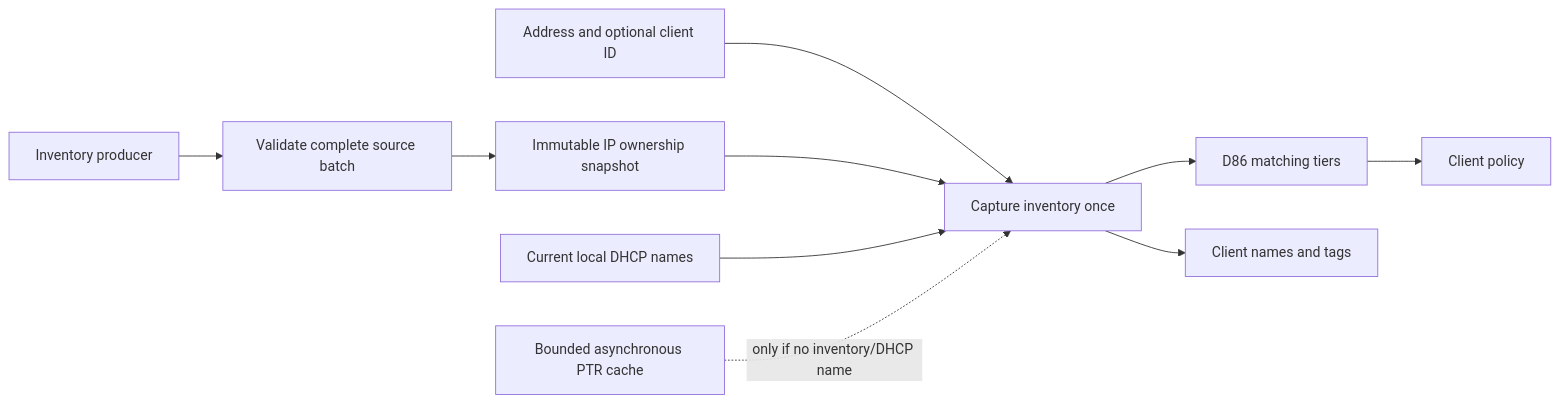
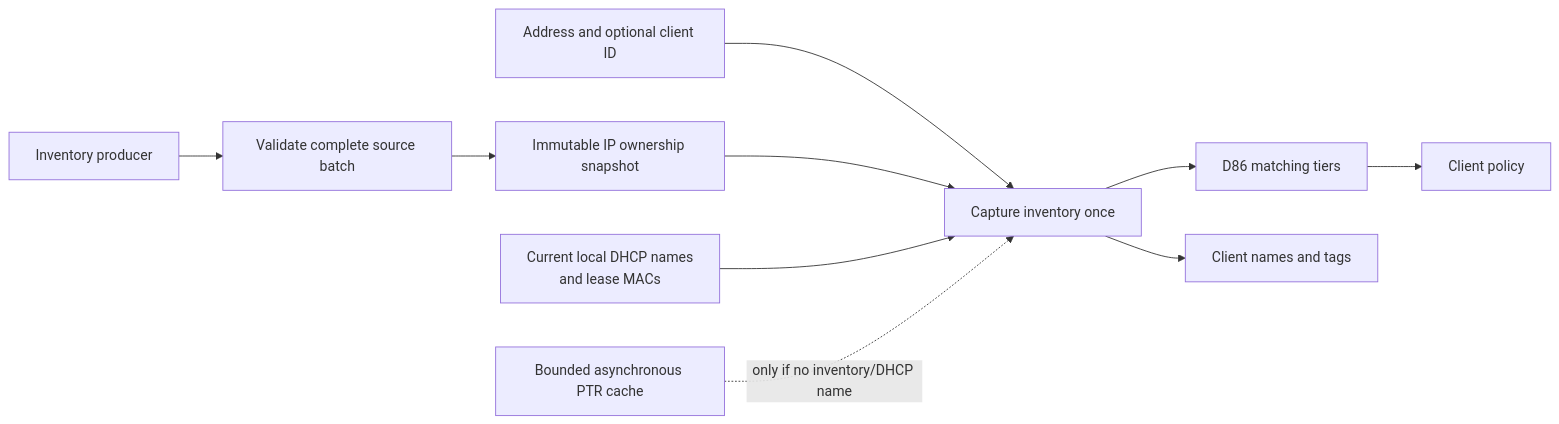
The sixth of 6 diagrams in docs/architecture/policies-and-blocking.md (robertherbaugh/kudurru), drawn with Mermaid before and after one commit. The commit also changed other lines of this file and 6 other files, not shown here.

First line of the commit message:
docs(identity): document lease MACs and the inventory API

````diff
--- a/docs/architecture/policies-and-blocking.md
+++ b/docs/architecture/policies-and-blocking.md
@@ -309,12 +319,12 @@
 ```mermaid
 flowchart LR
     provider["Inventory producer"] --> batch["Validate complete source batch"]
     batch --> snapshot["Immutable IP ownership snapshot"]
     transport["Address and optional client ID"] --> identify["Capture inventory once"]
     snapshot --> identify
-    dhcp["Current local DHCP names"] --> identify
+    dhcp["Current local DHCP names<br/>and lease MACs"] --> identify
     ptr["Bounded asynchronous PTR cache"] -. "only if no inventory/DHCP name" .-> identify
     identify --> tiers["D86 matching tiers"]
     tiers --> policy["Client policy"]
     identify --> modifiers["Client names and tags"]
 ```
````
